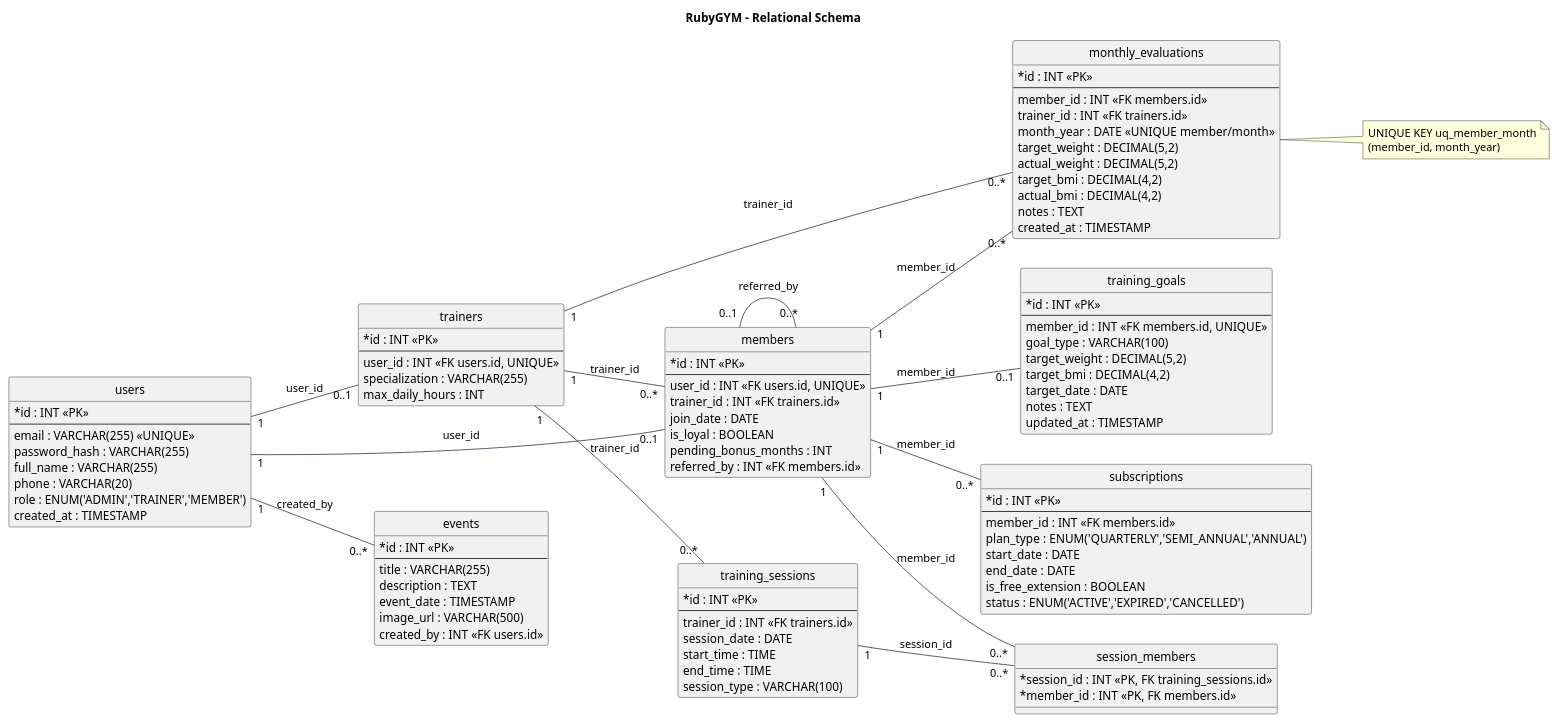
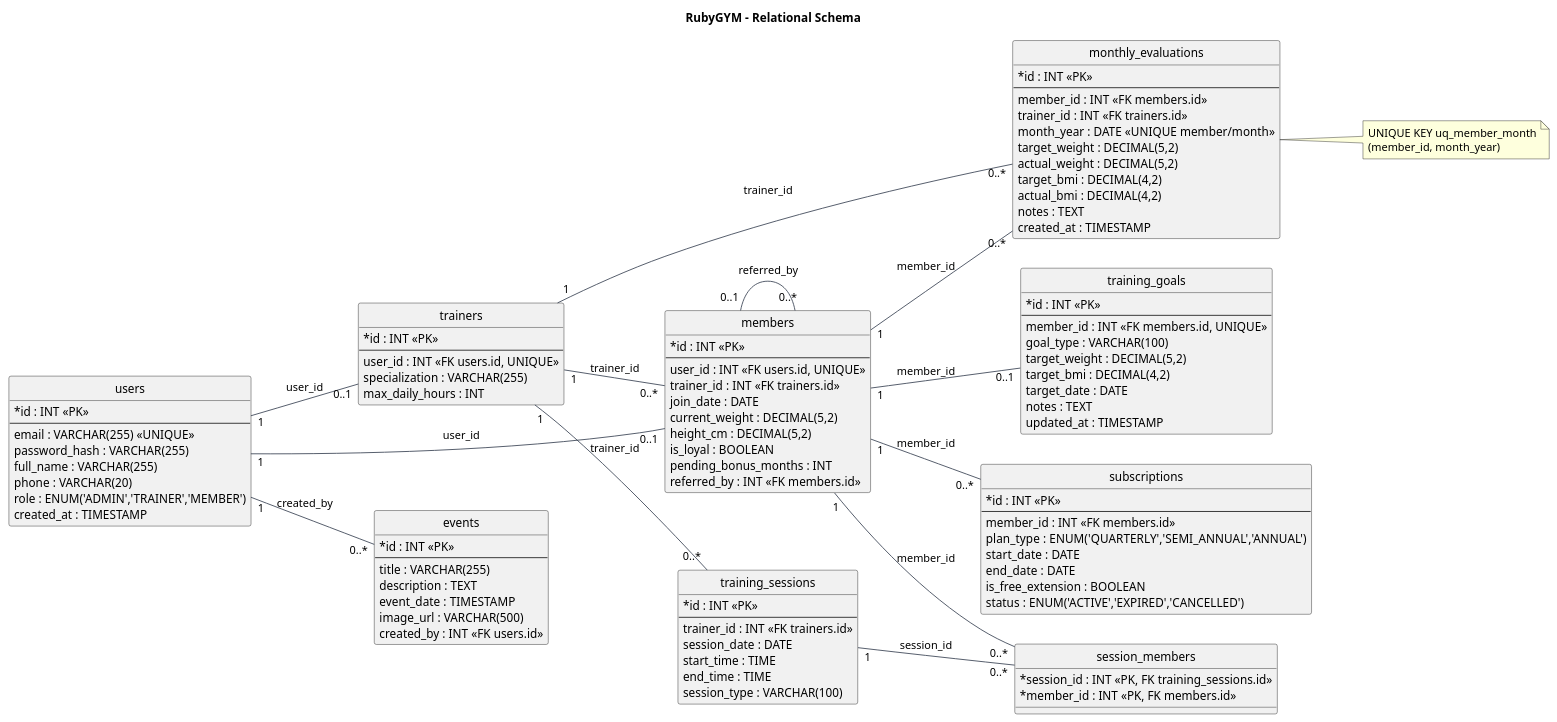
The diagram in docs/diagrams/relational-schema.puml (vuvannam-sec/rubygym), drawn with PlantUML before and after one commit. The commit also changed 161 other files, not shown here.

First line of the commit message:
Refactor: consolidate member-owned training goal, dark ruby gym UI, data-driven dashboards, synced SE docs/diagrams, security CI quality gate

```diff
--- a/docs/diagrams/relational-schema.puml
+++ b/docs/diagrams/relational-schema.puml
@@ -1,127 +1,129 @@
 @startuml
 title RubyGYM - Relational Schema
 
 left to right direction
 hide circle
 skinparam shadowing false
 skinparam backgroundColor #FFFFFF
 skinparam defaultFontName Arial
 skinparam classAttributeIconSize 0
 skinparam ArrowColor #374151
 skinparam entity {
   BorderColor #991B1B
   BackgroundColor #FFFFFF
   FontColor #111827
 }
 
 entity "users" as users {
   * id : INT <<PK>>
   --
   email : VARCHAR(255) <<UNIQUE>>
   password_hash : VARCHAR(255)
   full_name : VARCHAR(255)
   phone : VARCHAR(20)
   role : ENUM('ADMIN','TRAINER','MEMBER')
   created_at : TIMESTAMP
 }
 
 entity "trainers" as trainers {
   * id : INT <<PK>>
   --
   user_id : INT <<FK users.id, UNIQUE>>
   specialization : VARCHAR(255)
   max_daily_hours : INT
 }
 
 entity "members" as members {
   * id : INT <<PK>>
   --
   user_id : INT <<FK users.id, UNIQUE>>
   trainer_id : INT <<FK trainers.id>>
   join_date : DATE
+  current_weight : DECIMAL(5,2)
+  height_cm : DECIMAL(5,2)
   is_loyal : BOOLEAN
   pending_bonus_months : INT
   referred_by : INT <<FK members.id>>
 }
 
 entity "training_goals" as training_goals {
   * id : INT <<PK>>
   --
   member_id : INT <<FK members.id, UNIQUE>>
   goal_type : VARCHAR(100)
   target_weight : DECIMAL(5,2)
   target_bmi : DECIMAL(4,2)
   target_date : DATE
   notes : TEXT
   updated_at : TIMESTAMP
 }
 
 entity "subscriptions" as subscriptions {
   * id : INT <<PK>>
   --
   member_id : INT <<FK members.id>>
   plan_type : ENUM('QUARTERLY','SEMI_ANNUAL','ANNUAL')
   start_date : DATE
   end_date : DATE
   is_free_extension : BOOLEAN
   status : ENUM('ACTIVE','EXPIRED','CANCELLED')
 }
 
 entity "training_sessions" as training_sessions {
   * id : INT <<PK>>
   --
   trainer_id : INT <<FK trainers.id>>
   session_date : DATE
   start_time : TIME
   end_time : TIME
   session_type : VARCHAR(100)
 }
 
 entity "session_members" as session_members {
   * session_id : INT <<PK, FK training_sessions.id>>
   * member_id : INT <<PK, FK members.id>>
 }
 
 entity "monthly_evaluations" as monthly_evaluations {
   * id : INT <<PK>>
   --
   member_id : INT <<FK members.id>>
   trainer_id : INT <<FK trainers.id>>
   month_year : DATE <<UNIQUE member/month>>
   target_weight : DECIMAL(5,2)
   actual_weight : DECIMAL(5,2)
   target_bmi : DECIMAL(4,2)
   actual_bmi : DECIMAL(4,2)
   notes : TEXT
   created_at : TIMESTAMP
 }
 
 entity "events" as events {
   * id : INT <<PK>>
   --
   title : VARCHAR(255)
   description : TEXT
   event_date : TIMESTAMP
   image_url : VARCHAR(500)
   created_by : INT <<FK users.id>>
 }
 
 users "1" -- "0..1" trainers : user_id
 users "1" -- "0..1" members : user_id
 trainers "1" -- "0..*" members : trainer_id
 members "0..1" -- "0..*" members : referred_by
 members "1" -- "0..1" training_goals : member_id
 members "1" -- "0..*" subscriptions : member_id
 trainers "1" -- "0..*" training_sessions : trainer_id
 training_sessions "1" -- "0..*" session_members : session_id
 members "1" -- "0..*" session_members : member_id
 members "1" -- "0..*" monthly_evaluations : member_id
 trainers "1" -- "0..*" monthly_evaluations : trainer_id
 users "1" -- "0..*" events : created_by
 
 note right of monthly_evaluations
 UNIQUE KEY uq_member_month
 (member_id, month_year)
 end note
 
 @enduml
```
